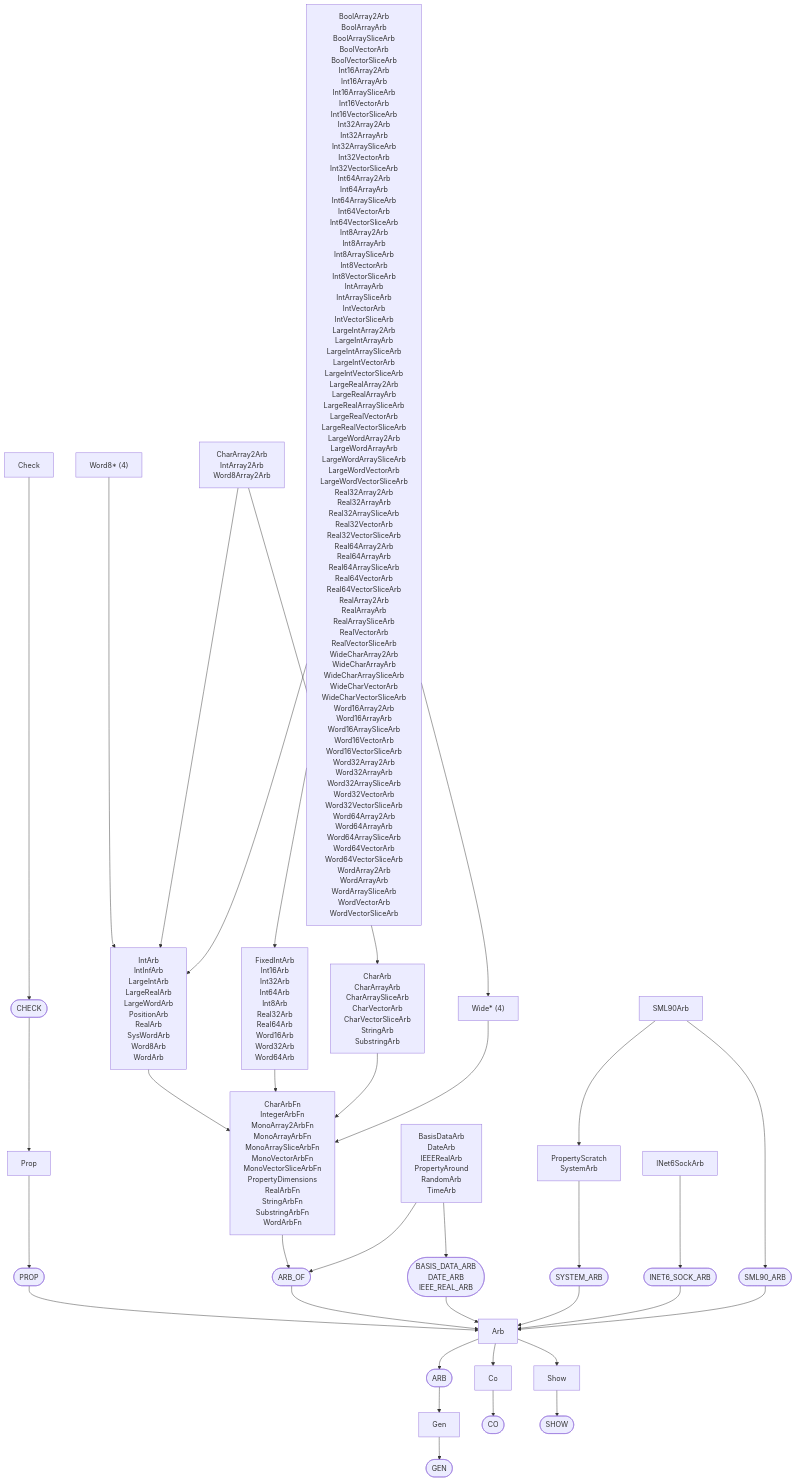
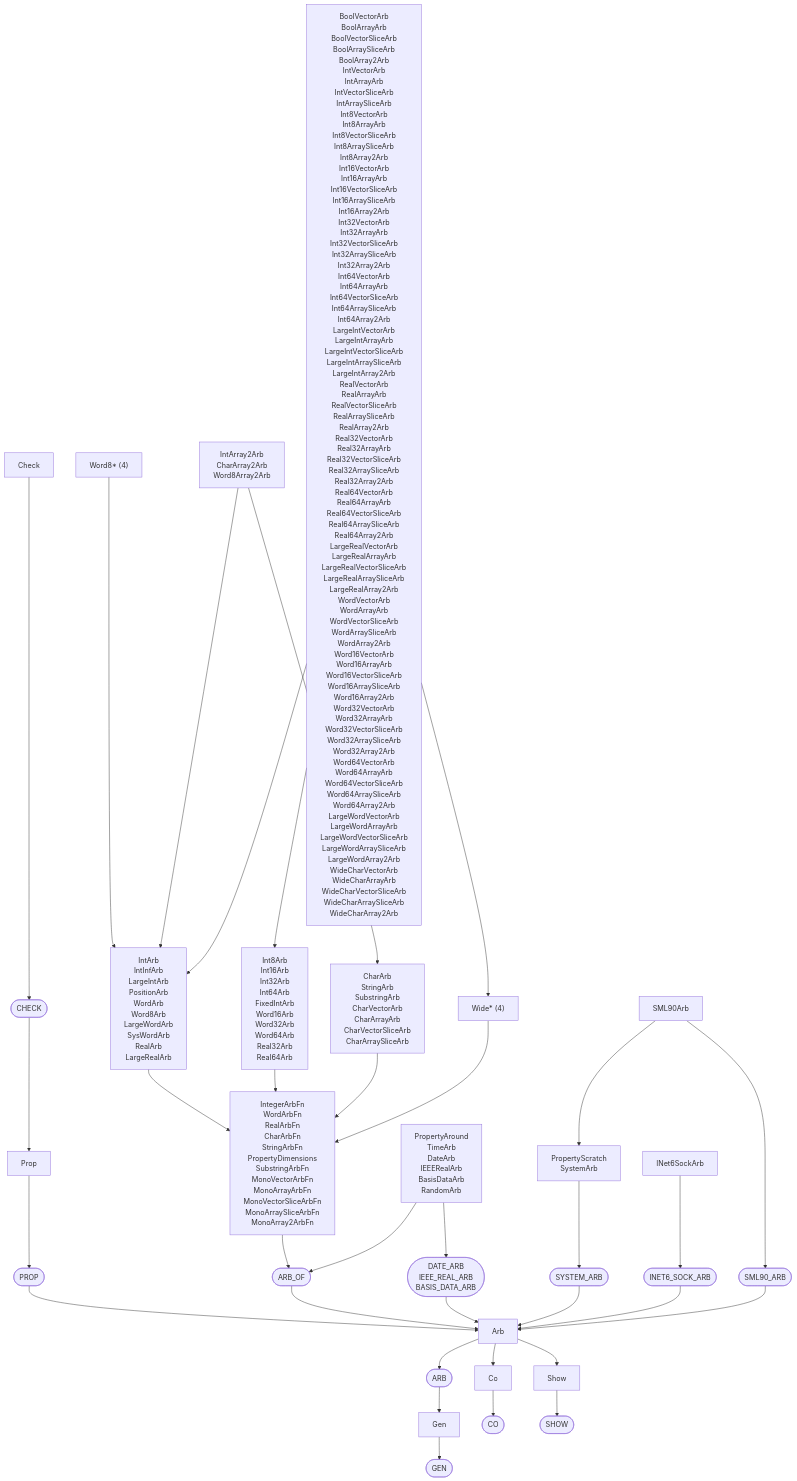
Before and after one commit to ruudkoot/rune: the third of 3 diagrams in docs/generated/test/property/depends.md, drawn with Mermaid. The commit also changed 72 other files, not shown here.

````diff
--- a/docs/generated/test/property/depends.md
+++ b/docs/generated/test/property/depends.md
@@ -40,65 +40,65 @@
 ```mermaid
 flowchart TD
   n1(["GEN"])
   n2["Gen"]
   n3(["CO"])
   n4["Co"]
   n5(["SHOW"])
   n6["Show"]
   n7(["ARB"])
   n8["Arb"]
   n9(["PROP"])
   n10["Prop"]
   n11(["CHECK"])
   n12["Check"]
   n13(["ARB_OF"])
-  n14["CharArbFn<br>IntegerArbFn<br>MonoArray2ArbFn<br>MonoArrayArbFn<br>MonoArraySliceArbFn<br>MonoVectorArbFn<br>MonoVectorSliceArbFn<br>PropertyDimensions<br>RealArbFn<br>StringArbFn<br>SubstringArbFn<br>WordArbFn"]
-  n15(["BASIS_DATA_ARB<br>DATE_ARB<br>IEEE_REAL_ARB"])
-  n16["BasisDataArb<br>DateArb<br>IEEERealArb<br>PropertyAround<br>RandomArb<br>TimeArb"]
-  n17["IntArb<br>IntInfArb<br>LargeIntArb<br>LargeRealArb<br>LargeWordArb<br>PositionArb<br>RealArb<br>SysWordArb<br>Word8Arb<br>WordArb"]
-  n18["FixedIntArb<br>Int16Arb<br>Int32Arb<br>Int64Arb<br>Int8Arb<br>Real32Arb<br>Real64Arb<br>Word16Arb<br>Word32Arb<br>Word64Arb"]
-  n19["CharArb<br>CharArrayArb<br>CharArraySliceArb<br>CharVectorArb<br>CharVectorSliceArb<br>StringArb<br>SubstringArb"]
+  n14["IntegerArbFn<br>WordArbFn<br>RealArbFn<br>CharArbFn<br>StringArbFn<br>PropertyDimensions<br>SubstringArbFn<br>MonoVectorArbFn<br>MonoArrayArbFn<br>MonoVectorSliceArbFn<br>MonoArraySliceArbFn<br>MonoArray2ArbFn"]
+  n15(["DATE_ARB<br>IEEE_REAL_ARB<br>BASIS_DATA_ARB"])
+  n16["PropertyAround<br>TimeArb<br>DateArb<br>IEEERealArb<br>BasisDataArb<br>RandomArb"]
+  n17["IntArb<br>IntInfArb<br>LargeIntArb<br>PositionArb<br>WordArb<br>Word8Arb<br>LargeWordArb<br>SysWordArb<br>RealArb<br>LargeRealArb"]
+  n18["Int8Arb<br>Int16Arb<br>Int32Arb<br>Int64Arb<br>FixedIntArb<br>Word16Arb<br>Word32Arb<br>Word64Arb<br>Real32Arb<br>Real64Arb"]
+  n19["CharArb<br>StringArb<br>SubstringArb<br>CharVectorArb<br>CharArrayArb<br>CharVectorSliceArb<br>CharArraySliceArb"]
   n20["Wide* (4)"]
   n21["Word8* (4)"]
-  n22["CharArray2Arb<br>IntArray2Arb<br>Word8Array2Arb"]
+  n22["IntArray2Arb<br>CharArray2Arb<br>Word8Array2Arb"]
   n23(["SYSTEM_ARB"])
   n24["PropertyScratch<br>SystemArb"]
   n25(["INET6_SOCK_ARB"])
   n26["INet6SockArb"]
   n27(["SML90_ARB"])
   n28["SML90Arb"]
-  n29["BoolArray2Arb<br>BoolArrayArb<br>BoolArraySliceArb<br>BoolVectorArb<br>BoolVectorSliceArb<br>Int16Array2Arb<br>Int16ArrayArb<br>Int16ArraySliceArb<br>Int16VectorArb<br>Int16VectorSliceArb<br>Int32Array2Arb<br>Int32ArrayArb<br>Int32ArraySliceArb<br>Int32VectorArb<br>Int32VectorSliceArb<br>Int64Array2Arb<br>Int64ArrayArb<br>Int64ArraySliceArb<br>Int64VectorArb<br>Int64VectorSliceArb<br>Int8Array2Arb<br>Int8ArrayArb<br>Int8ArraySliceArb<br>Int8VectorArb<br>Int8VectorSliceArb<br>IntArrayArb<br>IntArraySliceArb<br>IntVectorArb<br>IntVectorSliceArb<br>LargeIntArray2Arb<br>LargeIntArrayArb<br>LargeIntArraySliceArb<br>LargeIntVectorArb<br>LargeIntVectorSliceArb<br>LargeRealArray2Arb<br>LargeRealArrayArb<br>LargeRealArraySliceArb<br>LargeRealVectorArb<br>LargeRealVectorSliceArb<br>LargeWordArray2Arb<br>LargeWordArrayArb<br>LargeWordArraySliceArb<br>LargeWordVectorArb<br>LargeWordVectorSliceArb<br>Real32Array2Arb<br>Real32ArrayArb<br>Real32ArraySliceArb<br>Real32VectorArb<br>Real32VectorSliceArb<br>Real64Array2Arb<br>Real64ArrayArb<br>Real64ArraySliceArb<br>Real64VectorArb<br>Real64VectorSliceArb<br>RealArray2Arb<br>RealArrayArb<br>RealArraySliceArb<br>RealVectorArb<br>RealVectorSliceArb<br>WideCharArray2Arb<br>WideCharArrayArb<br>WideCharArraySliceArb<br>WideCharVectorArb<br>WideCharVectorSliceArb<br>Word16Array2Arb<br>Word16ArrayArb<br>Word16ArraySliceArb<br>Word16VectorArb<br>Word16VectorSliceArb<br>Word32Array2Arb<br>Word32ArrayArb<br>Word32ArraySliceArb<br>Word32VectorArb<br>Word32VectorSliceArb<br>Word64Array2Arb<br>Word64ArrayArb<br>Word64ArraySliceArb<br>Word64VectorArb<br>Word64VectorSliceArb<br>WordArray2Arb<br>WordArrayArb<br>WordArraySliceArb<br>WordVectorArb<br>WordVectorSliceArb"]
+  n29["BoolVectorArb<br>BoolArrayArb<br>BoolVectorSliceArb<br>BoolArraySliceArb<br>BoolArray2Arb<br>IntVectorArb<br>IntArrayArb<br>IntVectorSliceArb<br>IntArraySliceArb<br>Int8VectorArb<br>Int8ArrayArb<br>Int8VectorSliceArb<br>Int8ArraySliceArb<br>Int8Array2Arb<br>Int16VectorArb<br>Int16ArrayArb<br>Int16VectorSliceArb<br>Int16ArraySliceArb<br>Int16Array2Arb<br>Int32VectorArb<br>Int32ArrayArb<br>Int32VectorSliceArb<br>Int32ArraySliceArb<br>Int32Array2Arb<br>Int64VectorArb<br>Int64ArrayArb<br>Int64VectorSliceArb<br>Int64ArraySliceArb<br>Int64Array2Arb<br>LargeIntVectorArb<br>LargeIntArrayArb<br>LargeIntVectorSliceArb<br>LargeIntArraySliceArb<br>LargeIntArray2Arb<br>RealVectorArb<br>RealArrayArb<br>RealVectorSliceArb<br>RealArraySliceArb<br>RealArray2Arb<br>Real32VectorArb<br>Real32ArrayArb<br>Real32VectorSliceArb<br>Real32ArraySliceArb<br>Real32Array2Arb<br>Real64VectorArb<br>Real64ArrayArb<br>Real64VectorSliceArb<br>Real64ArraySliceArb<br>Real64Array2Arb<br>LargeRealVectorArb<br>LargeRealArrayArb<br>LargeRealVectorSliceArb<br>LargeRealArraySliceArb<br>LargeRealArray2Arb<br>WordVectorArb<br>WordArrayArb<br>WordVectorSliceArb<br>WordArraySliceArb<br>WordArray2Arb<br>Word16VectorArb<br>Word16ArrayArb<br>Word16VectorSliceArb<br>Word16ArraySliceArb<br>Word16Array2Arb<br>Word32VectorArb<br>Word32ArrayArb<br>Word32VectorSliceArb<br>Word32ArraySliceArb<br>Word32Array2Arb<br>Word64VectorArb<br>Word64ArrayArb<br>Word64VectorSliceArb<br>Word64ArraySliceArb<br>Word64Array2Arb<br>LargeWordVectorArb<br>LargeWordArrayArb<br>LargeWordVectorSliceArb<br>LargeWordArraySliceArb<br>LargeWordArray2Arb<br>WideCharVectorArb<br>WideCharArrayArb<br>WideCharVectorSliceArb<br>WideCharArraySliceArb<br>WideCharArray2Arb"]
   n2 --> n1
   n4 --> n3
   n6 --> n5
   n7 --> n2
   n8 --> n7
   n8 --> n4
   n8 --> n6
   n9 --> n8
   n10 --> n9
   n11 --> n10
   n12 --> n11
   n13 --> n8
   n14 --> n13
   n15 --> n8
   n16 --> n13
   n16 --> n15
   n17 --> n14
   n18 --> n14
   n19 --> n14
   n20 --> n14
   n21 --> n17
   n22 --> n19
   n22 --> n17
   n23 --> n8
   n24 --> n23
   n25 --> n8
   n26 --> n25
   n27 --> n8
   n28 --> n24
   n28 --> n27
   n29 --> n18
   n29 --> n17
   n29 --> n20
 ```
````
